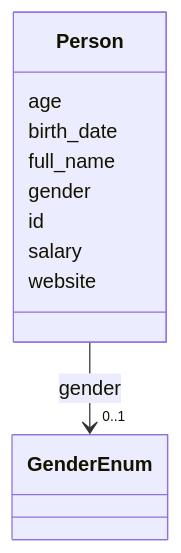
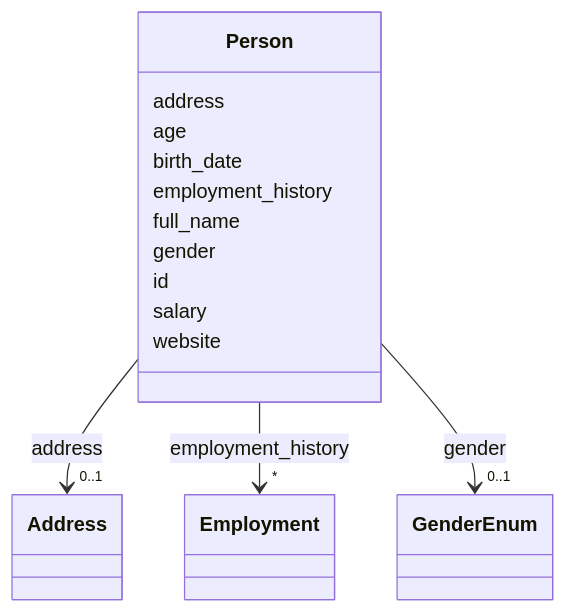
The diagram in docs/schema/Person.md (meaningfy-ws/er-system), drawn with Mermaid before and after one commit. The commit also changed other lines of this file and 7 other files, not shown here.

````diff
--- a/docs/schema/Person.md
+++ b/docs/schema/Person.md
@@ -13,29 +13,51 @@
 ```mermaid
  classDiagram
     class Person
     click Person href "../Person/"
+      Person : address
+        
+          
+    
+        
+        
+        Person --> "0..1" Address : address
+        click Address href "../Address/"
+    
+
+        
       Person : age
         
       Person : birth_date
+        
+      Person : employment_history
+        
+          
+    
+        
+        
+        Person --> "*" Employment : employment_history
+        click Employment href "../Employment/"
+    
+
         
       Person : full_name
         
       Person : gender
         
           
     
         
         
         Person --> "0..1" GenderEnum : gender
         click GenderEnum href "../GenderEnum/"
     
 
         
       Person : id
         
       Person : salary
         
       Person : website
         
       
 ```
````
